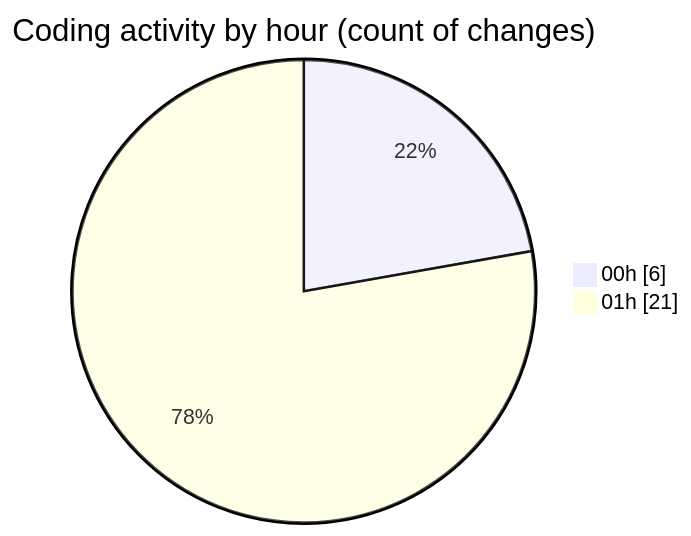
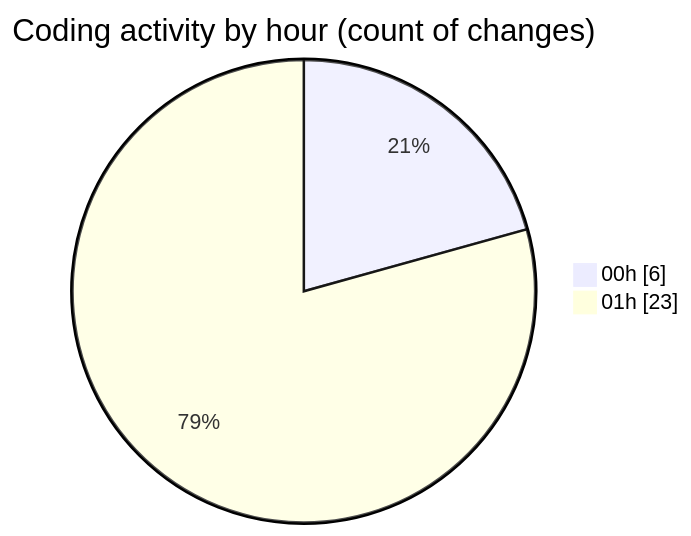
Before and after one commit to JenPaints/code-tracking: the second of 2 diagrams in 2025-06-22/archive/README.md, drawn with Mermaid. The commit also changed other lines of this file and 1 other file, not shown here.

````diff
--- a/2025-06-22/archive/README.md
+++ b/2025-06-22/archive/README.md
@@ -34,6 +34,6 @@
 ```mermaid
 pie showData
 title Coding activity by hour (count of changes)
 "00h" : 6
-"01h" : 21
+"01h" : 23
 ```
````
